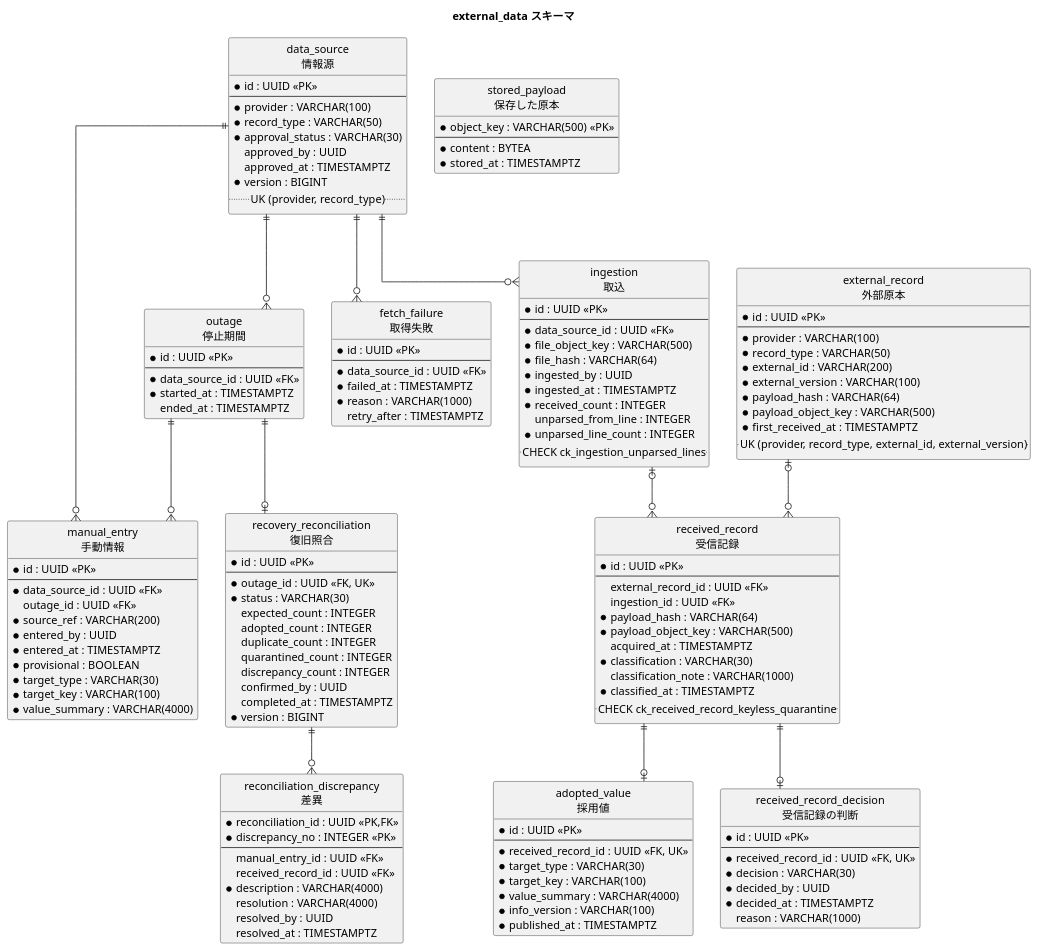
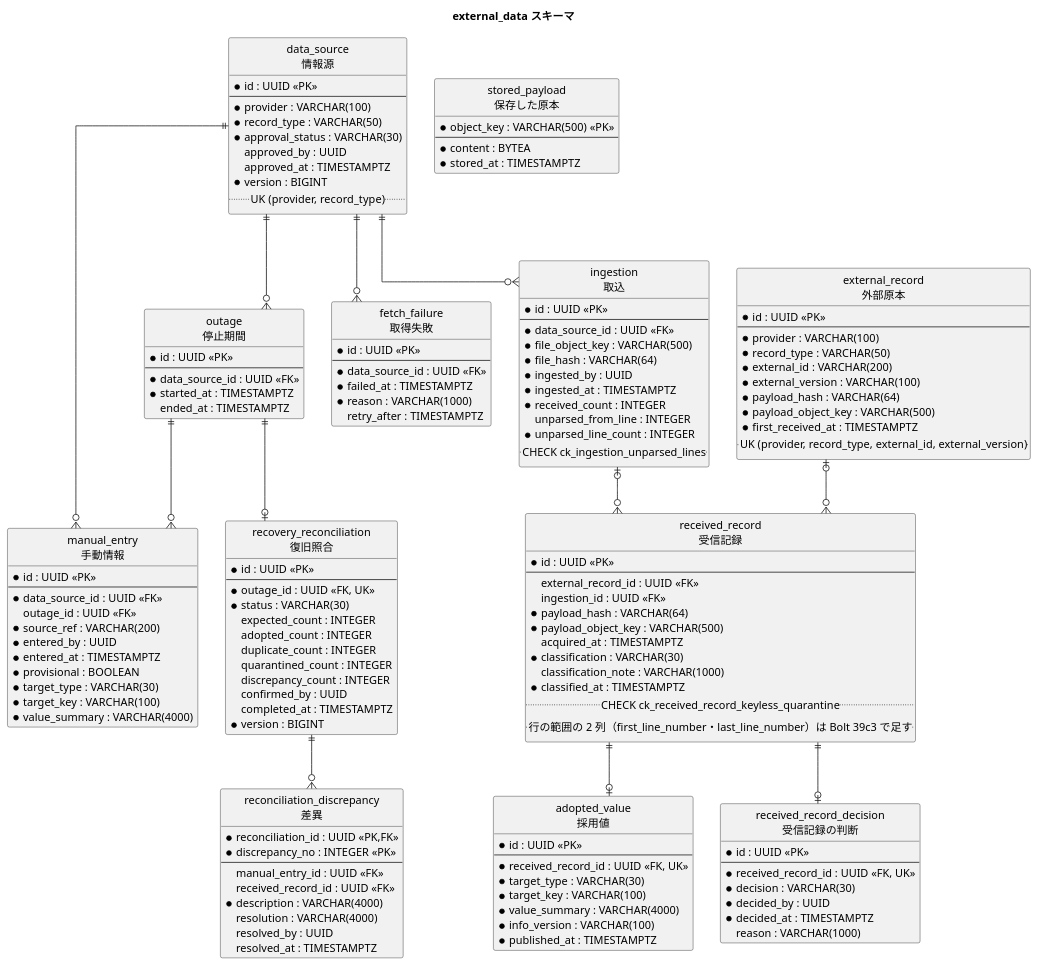
The eighth of 8 diagrams in docs/design/cargo-tracker/data_model.md (k2works/practical-domain-driven-design-in-enterpris-application), drawn with PlantUML before and after one commit. The commit also changed other lines of this file and 8 other files, not shown here.

```diff
--- a/docs/design/cargo-tracker/data_model.md
+++ b/docs/design/cargo-tracker/data_model.md
@@ -1055,6 +1055,7 @@
   classification_note : VARCHAR(1000)
   * classified_at : TIMESTAMPTZ
   .. CHECK ck_received_record_keyless_quarantine ..
+  .. 行の範囲の 2 列（first_line_number・last_line_number）は Bolt 39c3 で足す ..
 }
 entity "received_record_decision\n受信記録の判断" as rcd {
   * id : UUID <<PK>>
```
